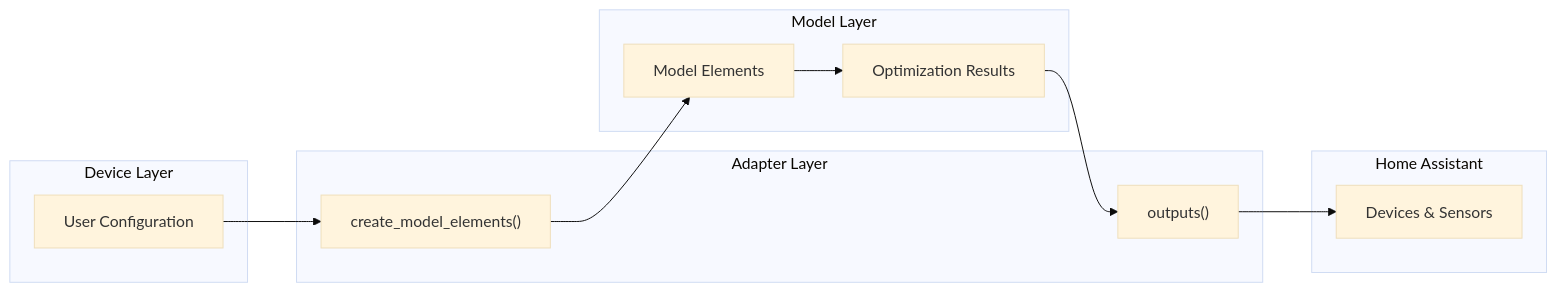
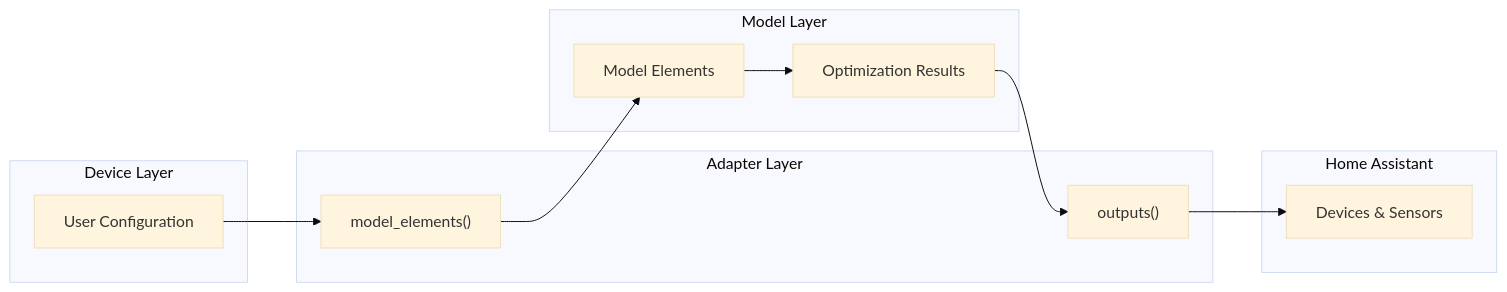
The diagram in docs/developer-guide/adapter-layer.md (hass-energy/haeo), drawn with Mermaid (base theme) before and after one commit. The commit also changed other lines of this file and 1 other file, not shown here.

First line of the commit message:
Update adapter and typing docs for model elements

````diff
--- a/docs/developer-guide/adapter-layer.md
+++ b/docs/developer-guide/adapter-layer.md
@@ -22,26 +22,26 @@
 ```mermaid
 graph LR
     subgraph "Device Layer"
         Config[User Configuration]
     end
 
     subgraph "Adapter Layer"
-        Create["create_model_elements()"]
+        Create["model_elements()"]
         Map["outputs()"]
     end
 
     subgraph "Model Layer"
         Model[Model Elements]
         Results[Optimization Results]
     end
 
     subgraph "Home Assistant"
         Devices[Devices & Sensors]
     end
 
     Config --> Create
     Create --> Model
     Model --> Results
     Results --> Map
     Map --> Devices
 ```
````
